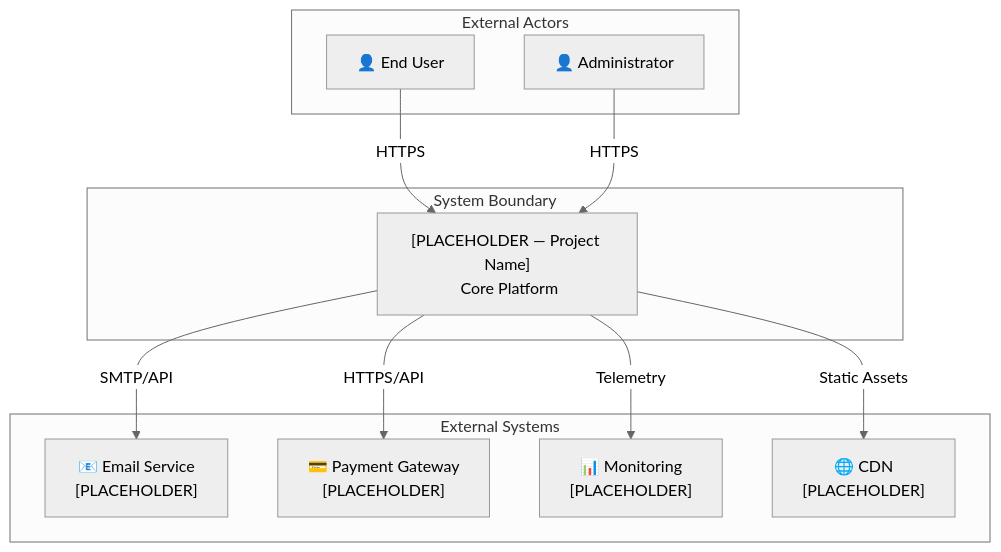
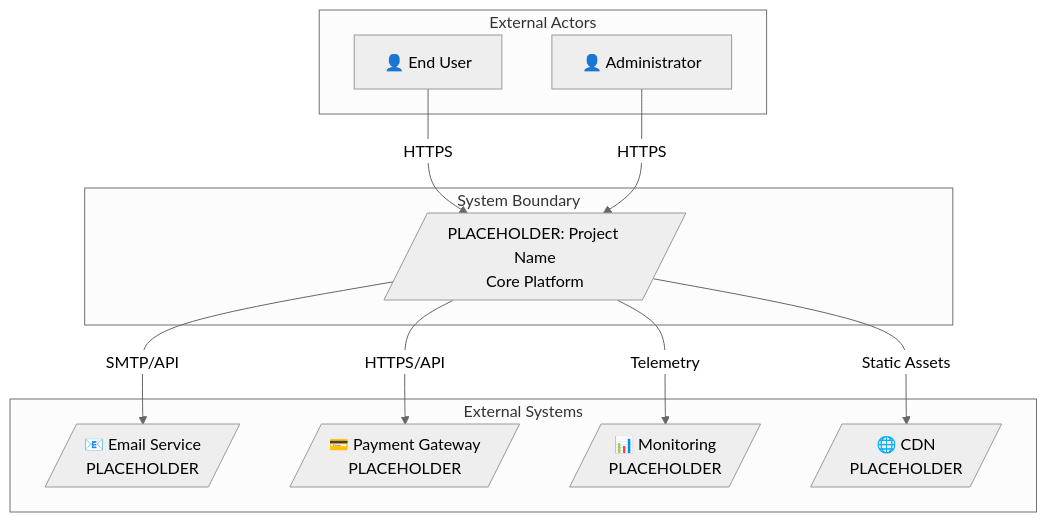
Before and after one commit to tonylnng/gateforge-blueprint-template: the second of 8 diagrams in architecture/technical-architecture.md, drawn with Mermaid (neutral theme). The commit also changed other lines of this file and 17 other files, not shown here.

````diff
--- a/architecture/technical-architecture.md
+++ b/architecture/technical-architecture.md
@@ -69,25 +78,27 @@
 ```mermaid
+%% Title: System Context Diagram (flowchart fallback)
+%% Type:  flowchart
 flowchart TD
-    subgraph External Actors
+    subgraph "External Actors"
         User["👤 End User"]
         Admin["👤 Administrator"]
     end
 
     subgraph "System Boundary"
-        System["[PLACEHOLDER — Project Name]\n Core Platform"]
+        System[/"PLACEHOLDER: Project Name<br/>Core Platform"/]
     end
 
-    subgraph External Systems
-        Email["📧 Email Service\n[PLACEHOLDER]"]
-        Payment["💳 Payment Gateway\n[PLACEHOLDER]"]
-        Monitor["📊 Monitoring\n[PLACEHOLDER]"]
-        CDN["🌐 CDN\n[PLACEHOLDER]"]
+    subgraph "External Systems"
+        Email[/"📧 Email Service<br/>PLACEHOLDER"/]
+        Payment[/"💳 Payment Gateway<br/>PLACEHOLDER"/]
+        Monitor[/"📊 Monitoring<br/>PLACEHOLDER"/]
+        CDN[/"🌐 CDN<br/>PLACEHOLDER"/]
     end
 
     User -->|"HTTPS"| System
     Admin -->|"HTTPS"| System
     System -->|"SMTP/API"| Email
     System -->|"HTTPS/API"| Payment
     System -->|"Telemetry"| Monitor
     System -->|"Static Assets"| CDN
 ```
````
